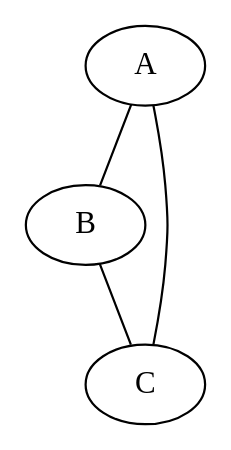
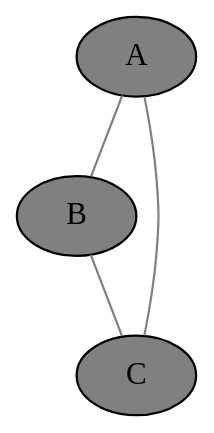
Before and after one commit to sswam/allemande: the first of 2 diagrams in doc/nsfw/nsfw.md, drawn with Graphviz. The commit also changed other lines of this file and 1 other file, not shown here.

````diff
--- a/doc/nsfw/nsfw.md
+++ b/doc/nsfw/nsfw.md
@@ -148,3 +150,8 @@
 ```dot
-graph { A -- B -- C -- A }
+graph {
+    bgcolor="transparent"
+    node [style=filled, fillcolor="#808080"]
+    edge [color="#808080"]
+    A -- B -- C -- A
+}
 ```
````
